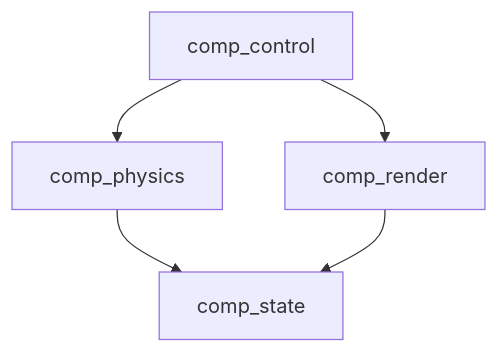
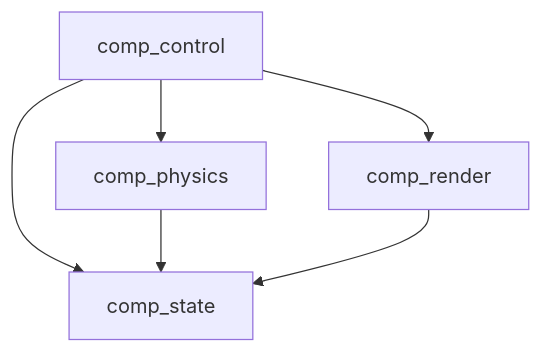
One commit to dtldyg/physics-sync-demo changed the second of 3 diagrams in README.md. Above: the diagram before and after it, drawn with Mermaid. The commit also changed other lines of this file, not shown here.

````diff
--- a/README.md
+++ b/README.md
@@ -71,9 +78,10 @@
 ```mermaid
 graph TD
      comp_control --> comp_physics
+     comp_control --> comp_state
      comp_control --> comp_render
 
      comp_physics --> comp_state
 
      comp_render --> comp_state
 ```
````
